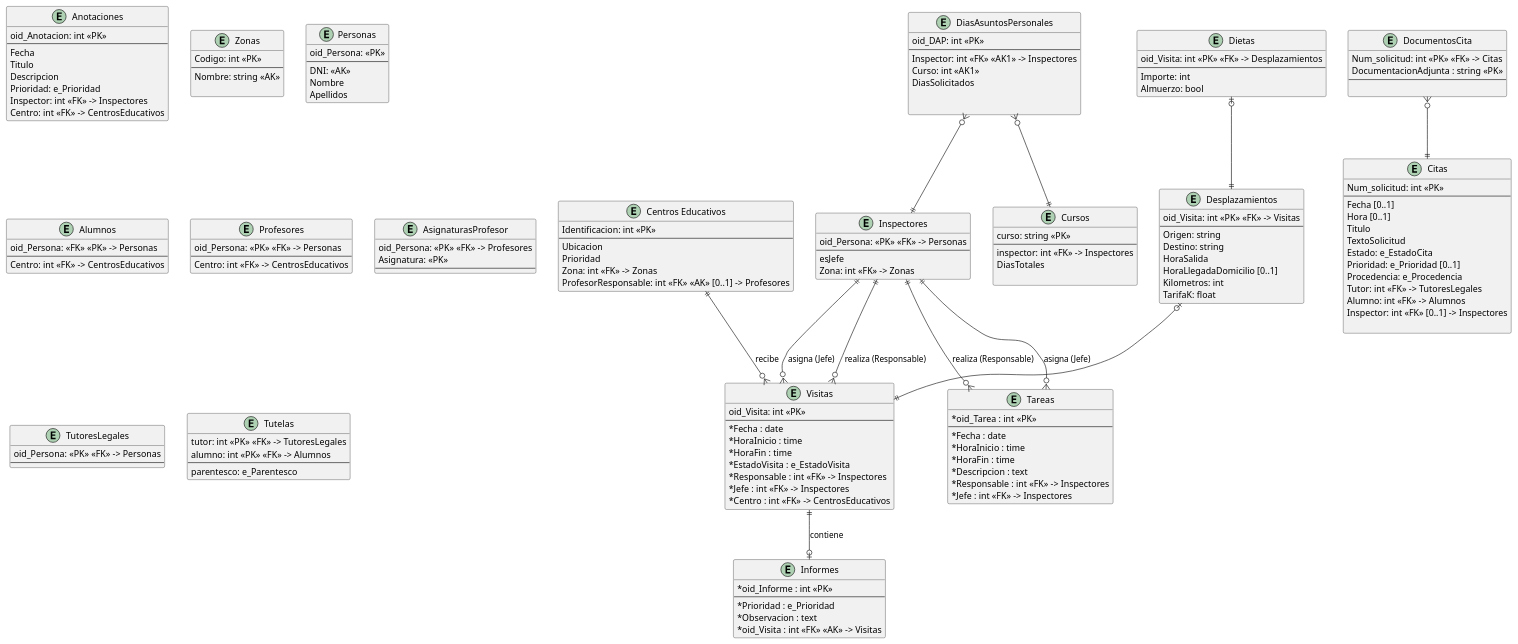
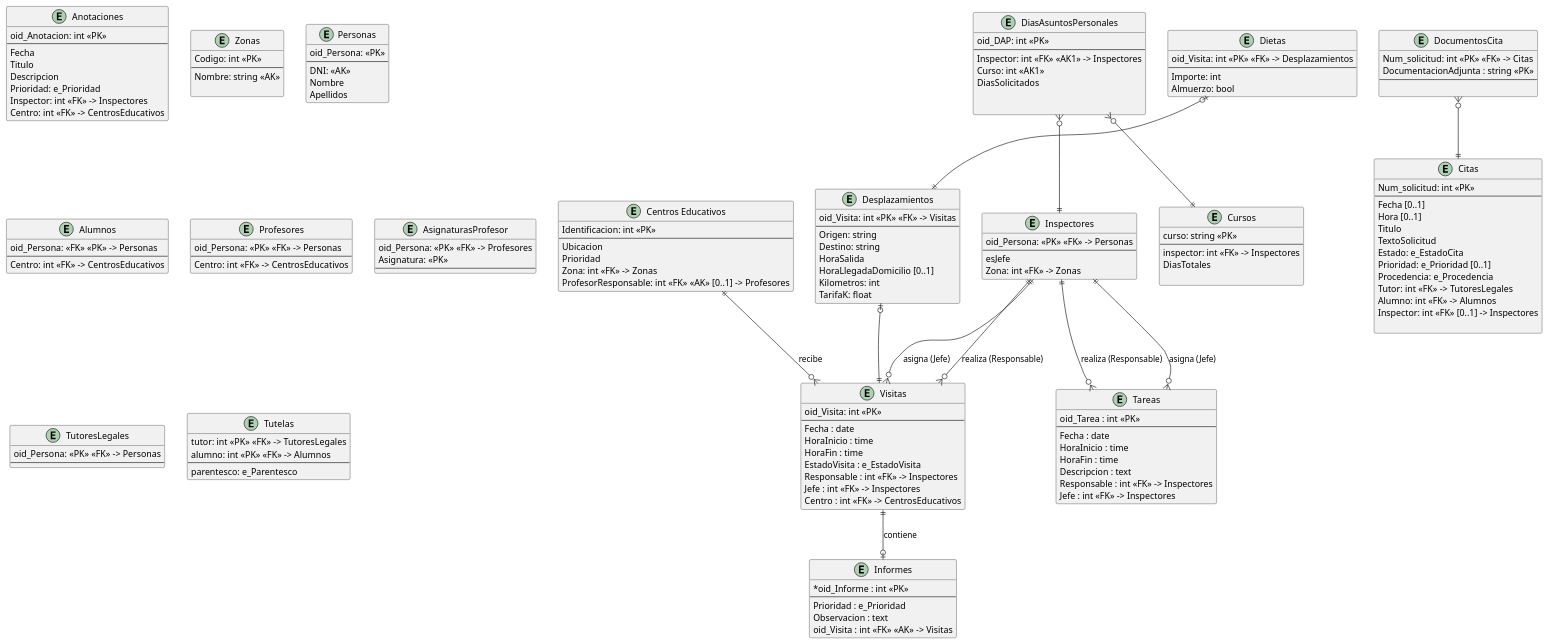
One commit to lorenzomaranon/ProyectoBD_Inspeccion_Educativa changed the diagram in modelado/modelado_relacional.puml. Above: the diagram before and after it, drawn with PlantUML.

Commit message:
Elimina asteriscos de obligatoriedad en mis entidades del MR

```diff
--- a/modelado/modelado_relacional.puml
+++ b/modelado/modelado_relacional.puml
@@ -1,192 +1,192 @@
 @startuml modelado_relacional
 hide methods
 skinparam ClassAttributeIconSize 0
 
 
 entity "Centros Educativos" as CentrosEducativos {
     Identificacion: int <<PK>>
     --
     Ubicacion
     Prioridad
     Zona: int <<FK>> -> Zonas
     ProfesorResponsable: int <<FK>> <<AK>> [0..1] -> Profesores
 }
 
 
 entity DocumentosCita {
     Num_solicitud: int <<PK>> <<FK>> -> Citas
     DocumentacionAdjunta : string <<PK>>
     --
      
 }
 entity Citas {
     Num_solicitud: int <<PK>> 
     --
     Fecha [0..1]
     Hora [0..1]
     Titulo
     TextoSolicitud
     Estado: e_EstadoCita
     Prioridad: e_Prioridad [0..1]
     Procedencia: e_Procedencia
     Tutor: int <<FK>> -> TutoresLegales
     Alumno: int <<FK>> -> Alumnos
     Inspector: int <<FK>> [0..1] -> Inspectores
 
 }
 
 entity Anotaciones {
     oid_Anotacion: int <<PK>>
     --
     Fecha
     Titulo
     Descripcion
     Prioridad: e_Prioridad
     Inspector: int <<FK>> -> Inspectores
     Centro: int <<FK>> -> CentrosEducativos
 }
 
 
 
 entity Visitas {
     oid_Visita: int <<PK>>
     --
-    *Fecha : date
-    *HoraInicio : time
-    *HoraFin : time
-    *EstadoVisita : e_EstadoVisita
-    *Responsable : int <<FK>> -> Inspectores
-    *Jefe : int <<FK>> -> Inspectores
-    *Centro : int <<FK>> -> CentrosEducativos
+    Fecha : date
+    HoraInicio : time
+    HoraFin : time
+    EstadoVisita : e_EstadoVisita
+    Responsable : int <<FK>> -> Inspectores
+    Jefe : int <<FK>> -> Inspectores
+    Centro : int <<FK>> -> CentrosEducativos
 }
 
 entity Informes {
     *oid_Informe : int <<PK>>
     --
-    *Prioridad : e_Prioridad
-    *Observacion : text
-    *oid_Visita : int <<FK>> <<AK>> -> Visitas
+    Prioridad : e_Prioridad
+    Observacion : text
+    oid_Visita : int <<FK>> <<AK>> -> Visitas
 }
 
 entity Tareas {
-    *oid_Tarea : int <<PK>>
+    oid_Tarea : int <<PK>>
     --
-    *Fecha : date
-    *HoraInicio : time
-    *HoraFin : time
-    *Descripcion : text
-    *Responsable : int <<FK>> -> Inspectores
-    *Jefe : int <<FK>> -> Inspectores
+    Fecha : date
+    HoraInicio : time
+    HoraFin : time
+    Descripcion : text
+    Responsable : int <<FK>> -> Inspectores
+    Jefe : int <<FK>> -> Inspectores
 }
 
 
 
 entity Zonas {
     Codigo: int <<PK>>
     --
     Nombre: string <<AK>>
     
 }
 
 entity Personas {
     oid_Persona: <<PK>>
     --
     DNI: <<AK>>
     Nombre
     Apellidos
 }
 
 entity Inspectores {
     oid_Persona: <<PK>> <<FK>> -> Personas
     --
     esJefe
     Zona: int <<FK>> -> Zonas
 }
 entity Alumnos {
     oid_Persona: <<FK>> <<PK>> -> Personas
     --
     Centro: int <<FK>> -> CentrosEducativos
 }
 
 entity Profesores {
     oid_Persona: <<PK>> <<FK>> -> Personas
     --
     Centro: int <<FK>> -> CentrosEducativos
 }
 
 entity AsignaturasProfesor {
     oid_Persona: <<PK>> <<FK>> -> Profesores
     Asignatura: <<PK>>
     --
 }
 
 entity TutoresLegales {
     oid_Persona: <<PK>> <<FK>> -> Personas
     --
 }
 
 entity Tutelas {
     tutor: int <<PK>> <<FK>> -> TutoresLegales
     alumno: int <<PK>> <<FK>> -> Alumnos
     --
     parentesco: e_Parentesco
 }
 
 Inspectores ||--o{ Visitas : realiza (Responsable)
 Inspectores ||--o{ Visitas : asigna (Jefe)
 Inspectores ||--o{ Tareas : realiza (Responsable)
 Inspectores ||--o{ Tareas : asigna (Jefe)
 CentrosEducativos ||--o{ Visitas : recibe
 Visitas ||--o| Informes : contiene
 
 
 entity Desplazamientos {
     oid_Visita: int <<PK>> <<FK>> -> Visitas
     --
     Origen: string
     Destino: string
     HoraSalida
     HoraLlegadaDomicilio [0..1]
     Kilometros: int
     TarifaK: float
 }
 
 
 entity Dietas {
     oid_Visita: int <<PK>> <<FK>> -> Desplazamientos
     --
     Importe: int
     Almuerzo: bool
 }
 
 
 Desplazamientos |o--||Visitas
 Dietas |o--||Desplazamientos
 
 
 entity DiasAsuntosPersonales {
     oid_DAP: int <<PK>>
     --
     Inspector: int <<FK>> <<AK1>> -> Inspectores
     Curso: int <<AK1>>
     DiasSolicitados
     
     
 }
 
 
 entity Cursos {
     curso: string <<PK>>
     --
     inspector: int <<FK>> -> Inspectores
     DiasTotales
 
 }
 
 DiasAsuntosPersonales }o--||Cursos
 DiasAsuntosPersonales }o--||Inspectores
 
 '------- ASOCIACIONES --------------------------------------
 DocumentosCita }o--|| Citas
 
 @enduml
```
